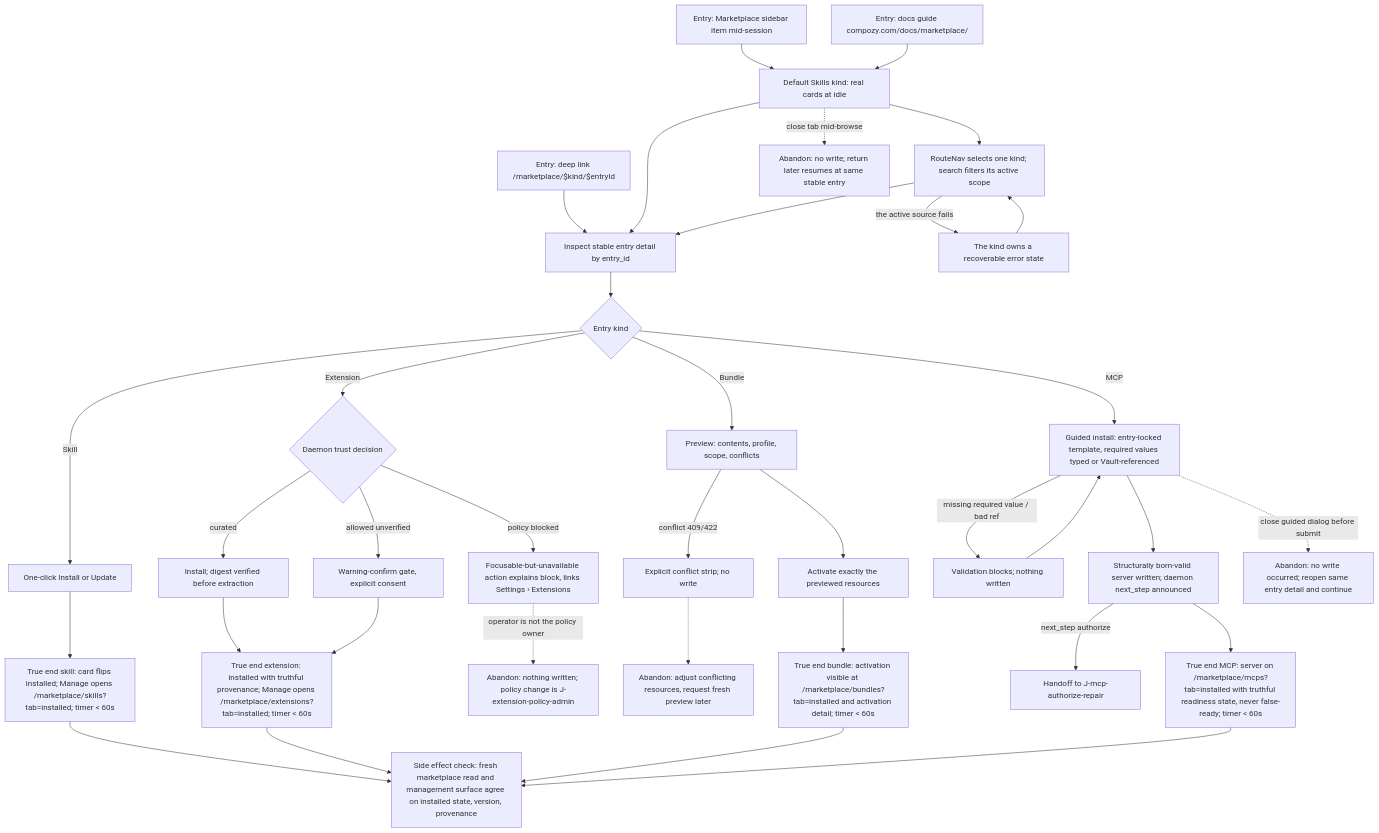
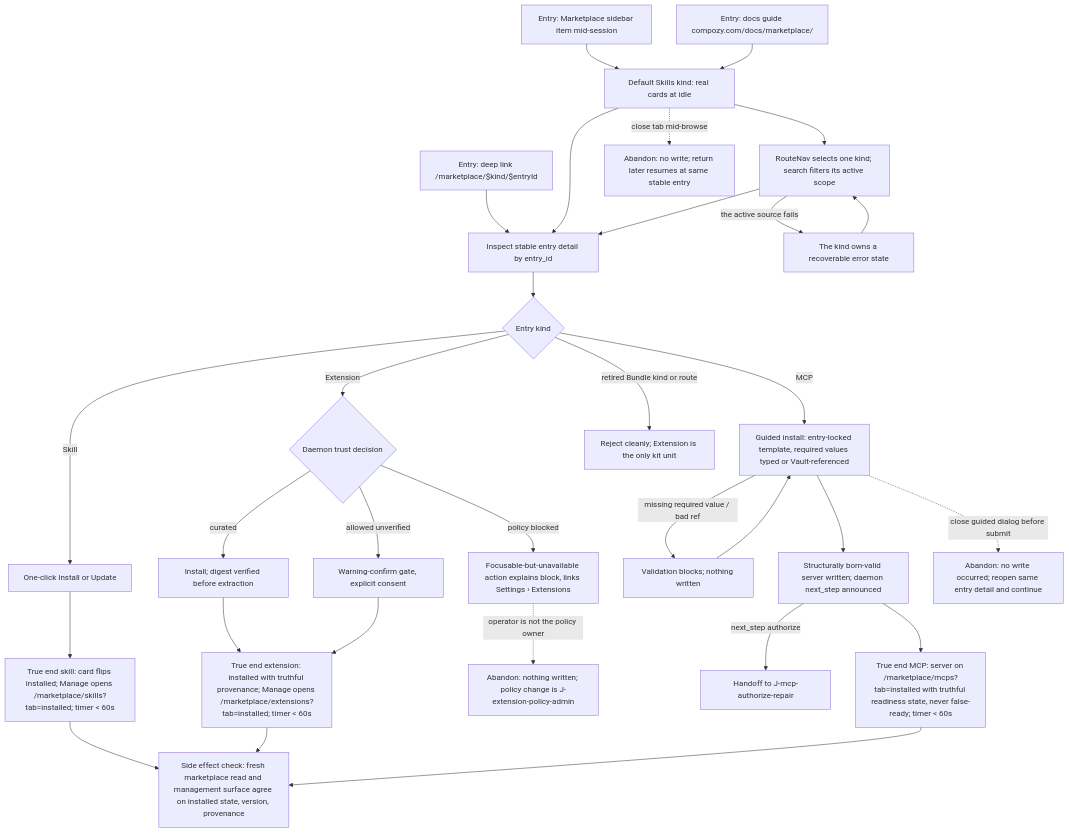
One commit to compozy/compozy changed the diagram in docs/qa/journeys/J-marketplace-acquisition.md. Above: the diagram before and after it, drawn with Mermaid. The commit also changed other lines of this file and 721 other files, not shown here.

First line of the commit message:
refactor: replace bundles with extension kits (#291)

````diff
--- a/docs/qa/journeys/J-marketplace-acquisition.md
+++ b/docs/qa/journeys/J-marketplace-acquisition.md
@@ -5,38 +5,33 @@
 ```mermaid
 flowchart TD
   A[Entry: Marketplace sidebar item mid-session] --> B[Default Skills kind: real cards at idle]
   A2[Entry: deep link /marketplace/$kind/$entryId] --> D
   A3[Entry: docs guide compozy.com/docs/marketplace/] --> B
   B --> C[RouteNav selects one kind; search filters its active scope]
   C -->|the active source fails| C2[The kind owns a recoverable error state]
   C2 --> C
   B --> D[Inspect stable entry detail by entry_id]
   C --> D
   D --> E{Entry kind}
   E -->|Skill| F[One-click Install or Update]
   F --> F2[True end skill: card flips installed; Manage opens /marketplace/skills?tab=installed; timer < 60s]
   E -->|Extension| G{Daemon trust decision}
   G -->|curated| G1[Install; digest verified before extraction]
   G -->|policy blocked| G2[Focusable-but-unavailable action explains block, links Settings › Extensions]
   G -->|allowed unverified| G3[Warning-confirm gate, explicit consent]
   G1 --> G4[True end extension: installed with truthful provenance; Manage opens /marketplace/extensions?tab=installed; timer < 60s]
   G3 --> G4
   G2 -.->|operator is not the policy owner| X2[Abandon: nothing written; policy change is J-extension-policy-admin]
-  E -->|Bundle| H[Preview: contents, profile, scope, conflicts]
-  H -->|conflict 409/422| H2[Explicit conflict strip; no write]
-  H2 -.-> X3[Abandon: adjust conflicting resources, request fresh preview later]
-  H --> H3[Activate exactly the previewed resources]
-  H3 --> H4[True end bundle: activation visible at /marketplace/bundles?tab=installed and activation detail; timer < 60s]
   E -->|MCP| I[Guided install: entry-locked template, required values typed or Vault-referenced]
+  E -->|retired Bundle kind or route| X3[Reject cleanly; Extension is the only kit unit]
   I -->|missing required value / bad ref| I2[Validation blocks; nothing written]
   I2 --> I
   I --> I3[Structurally born-valid server written; daemon next_step announced]
   I3 -->|next_step authorize| I4[Handoff to J-mcp-authorize-repair]
   I3 --> I5[True end MCP: server on /marketplace/mcps?tab=installed with truthful readiness state, never false-ready; timer < 60s]
   B -.->|close tab mid-browse| X1[Abandon: no write; return later resumes at same stable entry]
   I -.->|close guided dialog before submit| X4[Abandon: no write occurred; reopen same entry detail and continue]
   F2 --> Z[Side effect check: fresh marketplace read and management surface agree on installed state, version, provenance]
   G4 --> Z
-  H4 --> Z
   I5 --> Z
 ```
````
